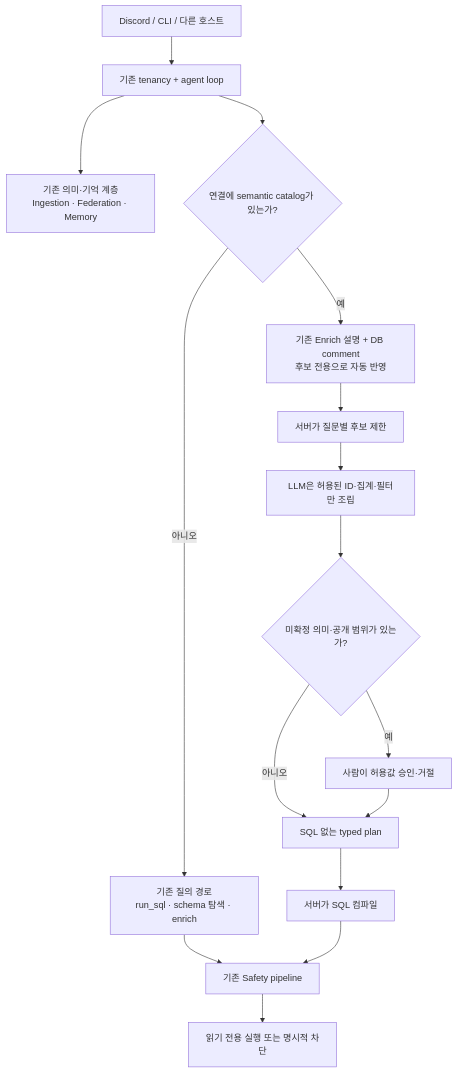
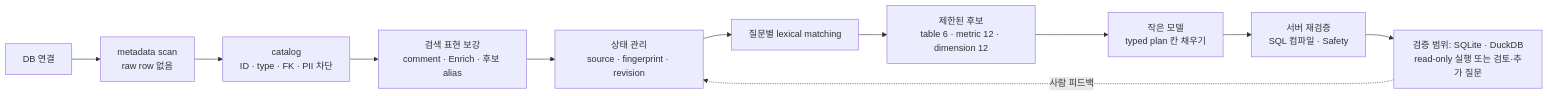
The diagram in README.md (CausalInferenceLab/Lang2SQL), drawn with Mermaid before and after one commit. The commit also changed other lines of this file, not shown here.

````diff
--- a/README.md
+++ b/README.md
@@ -78,18 +130,13 @@
 ```mermaid
-flowchart TD
-    A["Discord / CLI / 다른 호스트"] --> B["기존 tenancy + agent loop"]
-    B --> C["기존 의미·기억 계층<br/>Ingestion · Federation · Memory"]
-    B --> D{"연결에 semantic catalog가 있는가?"}
-    D -- "아니오" --> E["기존 질의 경로<br/>run_sql · schema 탐색 · enrich"]
-    D -- "예" --> F["기존 Enrich 설명 + DB comment<br/>후보 전용으로 자동 반영"]
-    F --> G["서버가 질문별 후보 제한"]
-    G --> H["LLM은 허용된 ID·집계·필터만 조립"]
-    H --> I{"미확정 의미·공개 범위가 있는가?"}
-    I -- "예" --> J["사람이 허용값 승인·거절"]
-    I -- "아니오" --> K["SQL 없는 typed plan"]
-    J --> K
-    K --> L["서버가 SQL 컴파일"]
-    E --> M["기존 Safety pipeline"]
-    L --> M
-    M --> N["읽기 전용 실행 또는 명시적 차단"]
+flowchart LR
+    A["DB 연결"] --> B["metadata scan<br/>raw row 없음"]
+    B --> C["catalog<br/>ID · type · FK · PII 차단"]
+    C --> D["검색 표현 보강<br/>comment · Enrich · 후보 alias"]
+    D --> E["상태 관리<br/>source · fingerprint · revision"]
+    E --> F["질문별 lexical matching"]
+    F --> G["제한된 후보<br/>table 6 · metric 12 · dimension 12"]
+    G --> H["작은 모델<br/>typed plan 칸 채우기"]
+    H --> I["서버 재검증<br/>SQL 컴파일 · Safety"]
+    I --> J["검증 범위: SQLite · DuckDB<br/>read-only 실행 또는 검토·추가 질문"]
+    J -. "사람 피드백" .-> E
 ```
````
